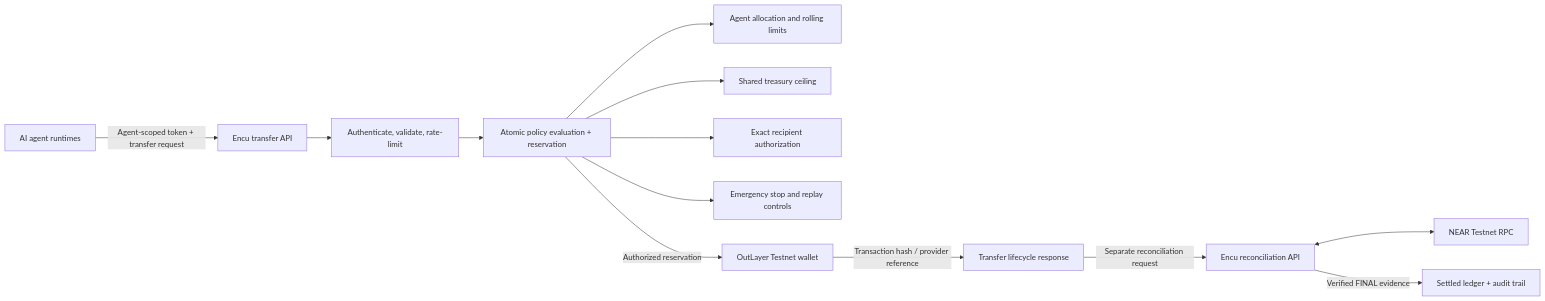
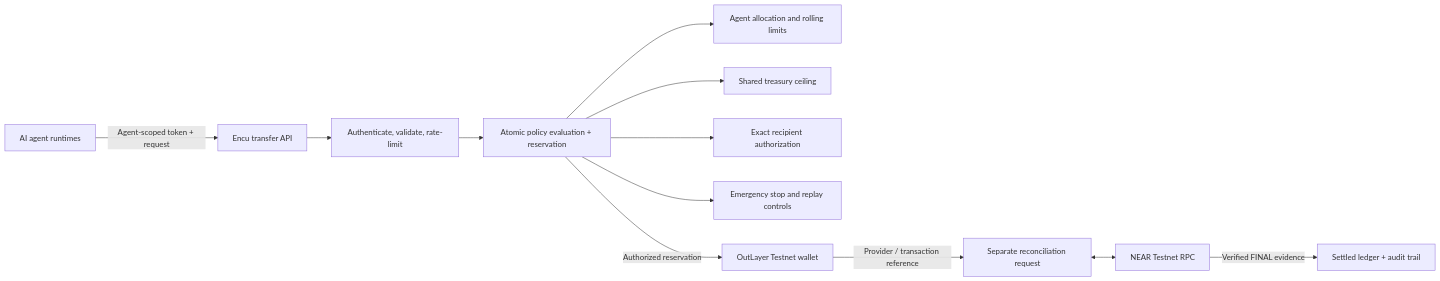
The diagram in README.md (BigWave45/Encu), drawn with Mermaid before and after one commit. The commit also changed other lines of this file, not shown here.

````diff
--- a/README.md
+++ b/README.md
@@ -21,15 +21,14 @@
 ```mermaid
 flowchart LR
-    A["AI agent runtimes"] -->|"Agent-scoped token + transfer request"| B["Encu transfer API"]
+    A["AI agent runtimes"] -->|"Agent-scoped token + request"| B["Encu transfer API"]
     B --> C["Authenticate, validate, rate-limit"]
     C --> D["Atomic policy evaluation + reservation"]
     D --> E["Agent allocation and rolling limits"]
     D --> F["Shared treasury ceiling"]
     D --> G["Exact recipient authorization"]
     D --> H["Emergency stop and replay controls"]
     D -->|"Authorized reservation"| I["OutLayer Testnet wallet"]
-    I -->|"Transaction hash / provider reference"| J["Transfer lifecycle response"]
-    J -->|"Separate reconciliation request"| K["Encu reconciliation API"]
-    K <--> L["NEAR Testnet RPC"]
-    K -->|"Verified FINAL evidence"| M["Settled ledger + audit trail"]
+    I -->|"Provider / transaction reference"| J["Separate reconciliation request"]
+    J <--> K["NEAR Testnet RPC"]
+    K -->|"Verified FINAL evidence"| L["Settled ledger + audit trail"]
 ```
````
